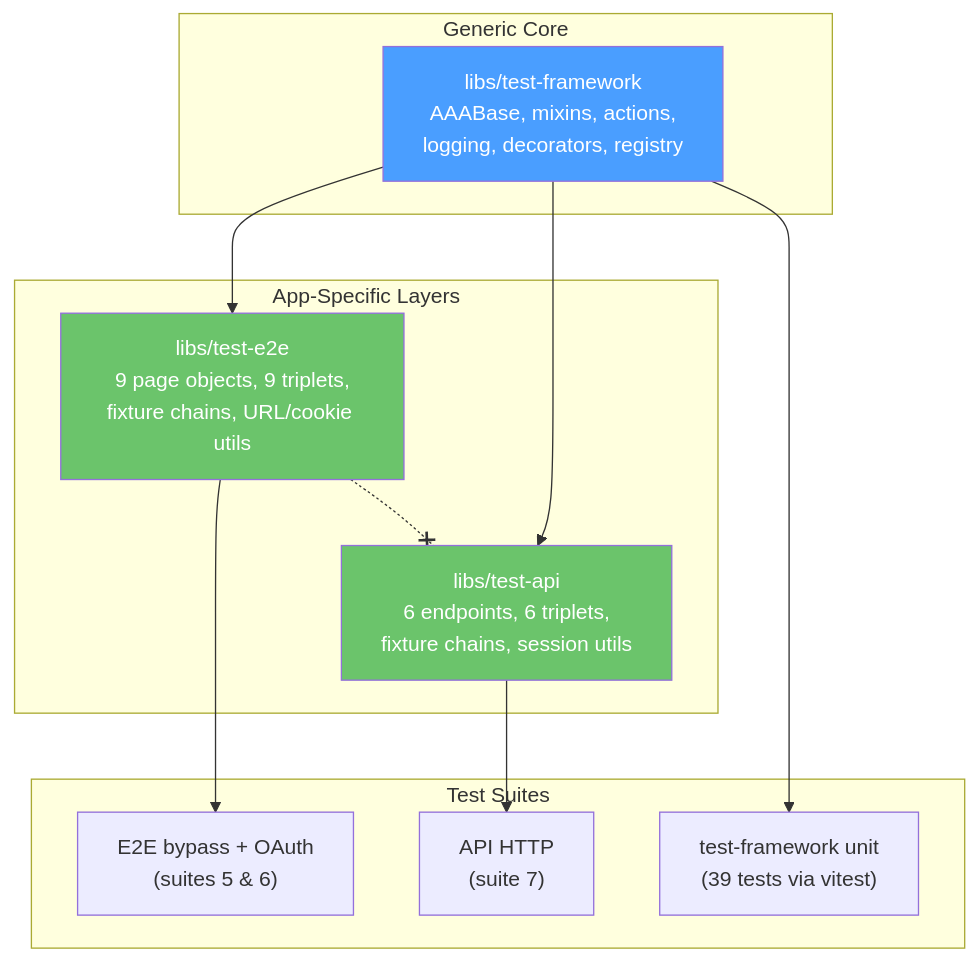
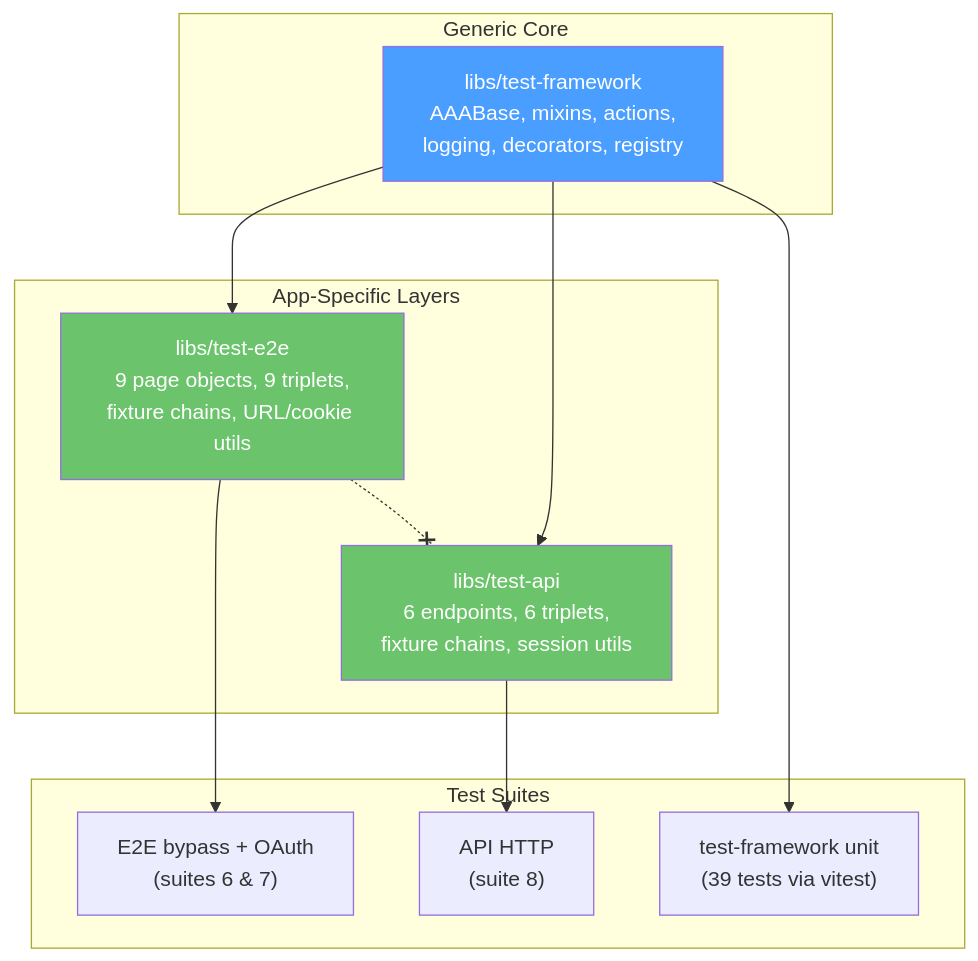
Before and after one commit to kzokv/tw-portfolio: the diagram in docs/002-operations/acceptance-test-mapping.md, drawn with Mermaid. The commit also changed other lines of this file and 49 other files, not shown here.

````diff
--- a/docs/002-operations/acceptance-test-mapping.md
+++ b/docs/002-operations/acceptance-test-mapping.md
@@ -152,28 +155,28 @@
 ```mermaid
 graph TD
     subgraph "Generic Core"
         TF["libs/test-framework<br/>AAABase, mixins, actions,<br/>logging, decorators, registry"]
     end
 
     subgraph "App-Specific Layers"
         TE["libs/test-e2e<br/>9 page objects, 9 triplets,<br/>fixture chains, URL/cookie utils"]
         TA["libs/test-api<br/>6 endpoints, 6 triplets,<br/>fixture chains, session utils"]
     end
 
     subgraph "Test Suites"
-        E2E["E2E bypass + OAuth<br/>(suites 5 & 6)"]
-        HTTP["API HTTP<br/>(suite 7)"]
+        E2E["E2E bypass + OAuth<br/>(suites 6 & 7)"]
+        HTTP["API HTTP<br/>(suite 8)"]
         UNIT["test-framework unit<br/>(39 tests via vitest)"]
     end
 
     TF --> TE
     TF --> TA
     TE -.-x TA
     TE --> E2E
     TA --> HTTP
     TF --> UNIT
 
     style TF fill:#4a9eff,color:#fff
     style TE fill:#6bc46b,color:#fff
     style TA fill:#6bc46b,color:#fff
 ```
````
